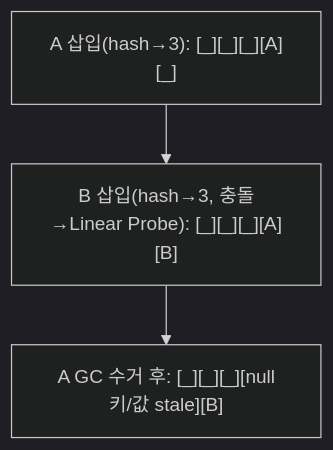
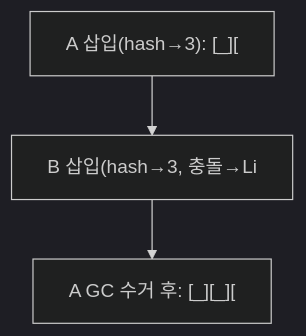
Before and after one commit to yjkim2015/yjkim2015.github.io: the third of 5 diagrams in _posts/java/2026-05-01-java-threadlocal.md, drawn with Mermaid (dark theme). The commit also changed other lines of this file and 271 other files, not shown here.

First line of the commit message:
Mermaid 라벨 축소: 긴 노드 텍스트 18자 이하로 트림 + \n 제거

````diff
--- a/_posts/java/2026-05-01-java-threadlocal.md
+++ b/_posts/java/2026-05-01-java-threadlocal.md
@@ -172,7 +172,7 @@
 ```mermaid
 graph TD
-    S1["A 삽입(hash→3): [_][_][_][A][_]"]
-    S2["B 삽입(hash→3, 충돌→Linear Probe): [_][_][_][A][B]"]
-    S3["A GC 수거 후: [_][_][_][null키/값 stale][B]"]
+    S1["A 삽입(hash→3): [_]["]
+    S2["B 삽입(hash→3, 충돌→Li"]
+    S3["A GC 수거 후: [_][_]["]
     S1 --> S2 --> S3
 ```
````
